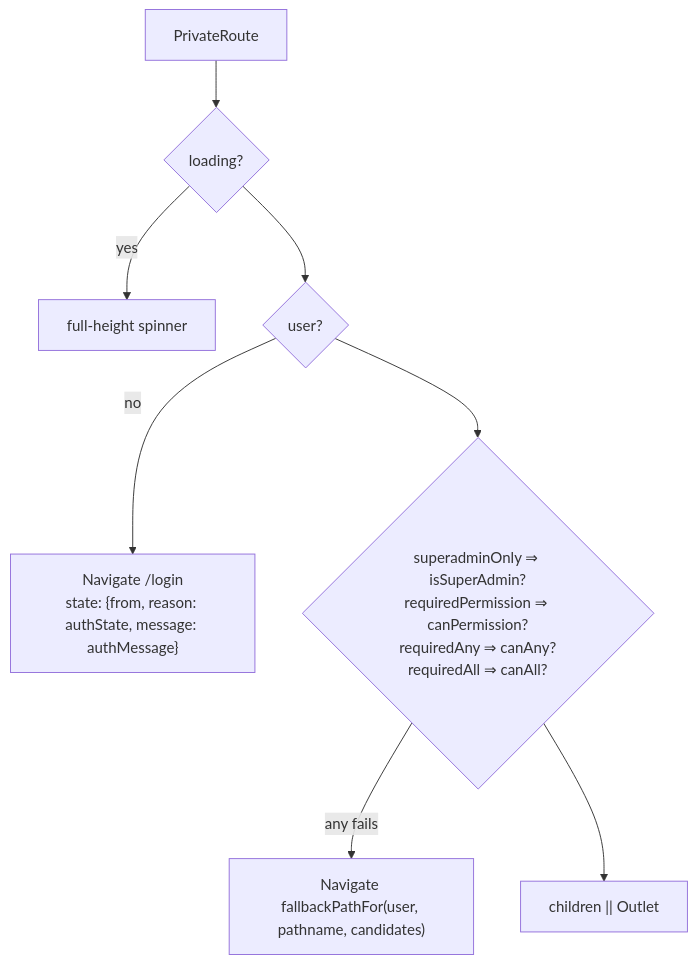
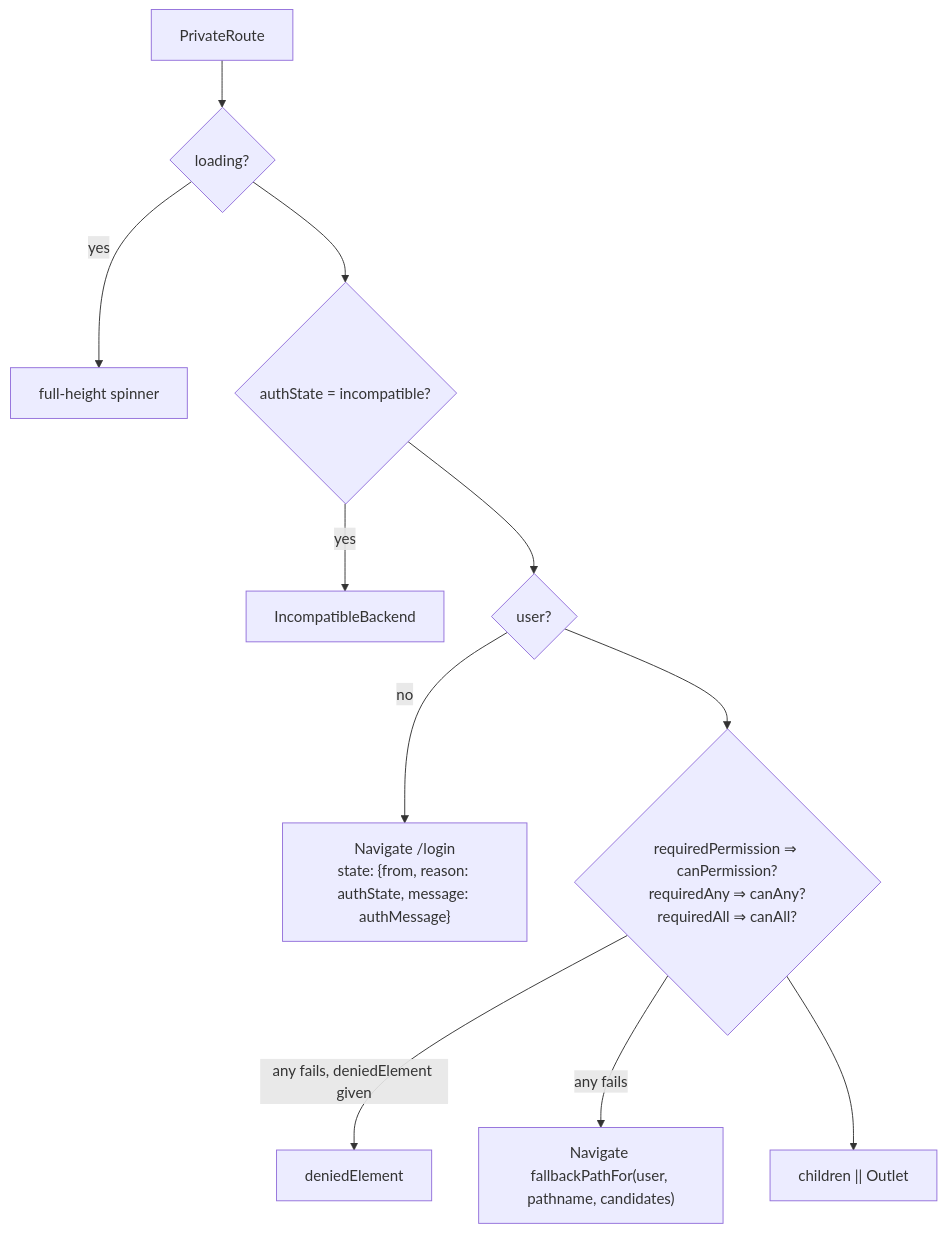
Before and after one commit to pankajkumar2498/CCure-PRO: the second of 3 diagrams in docs/FRONTEND_ARCHITECTURE.md, drawn with Mermaid. The commit also changed other lines of this file and 1 other file, not shown here.

````diff
--- a/docs/FRONTEND_ARCHITECTURE.md
+++ b/docs/FRONTEND_ARCHITECTURE.md
@@ -372,10 +375,13 @@
 ```mermaid
 flowchart TD
     A["PrivateRoute"] --> B{"loading?"}
     B -->|"yes"| S["full-height spinner"]
-    B --> C{"user?"}
+    B --> I{"authState = incompatible?"}
+    I -->|"yes"| X["IncompatibleBackend"]
+    I --> C{"user?"}
     C -->|"no"| L["Navigate /login<br/>state: {from, reason: authState, message: authMessage}"]
-    C --> D{"superadminOnly ⇒ isSuperAdmin?<br/>requiredPermission ⇒ canPermission?<br/>requiredAny ⇒ canAny?<br/>requiredAll ⇒ canAll?"}
+    C --> D{"requiredPermission ⇒ canPermission?<br/>requiredAny ⇒ canAny?<br/>requiredAll ⇒ canAll?"}
+    D -->|"any fails, deniedElement given"| E["deniedElement"]
     D -->|"any fails"| F["Navigate fallbackPathFor(user, pathname, candidates)"]
     D --> O["children || Outlet"]
 ```
````
